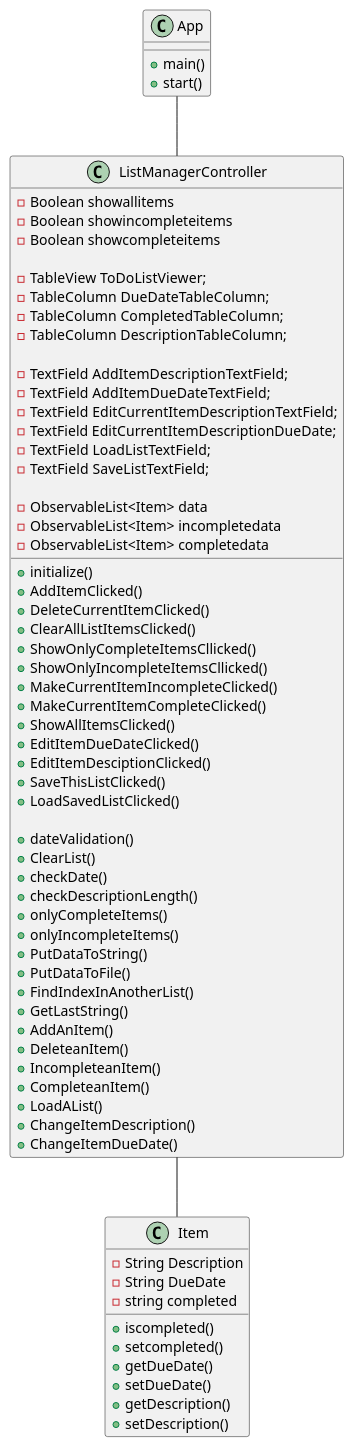
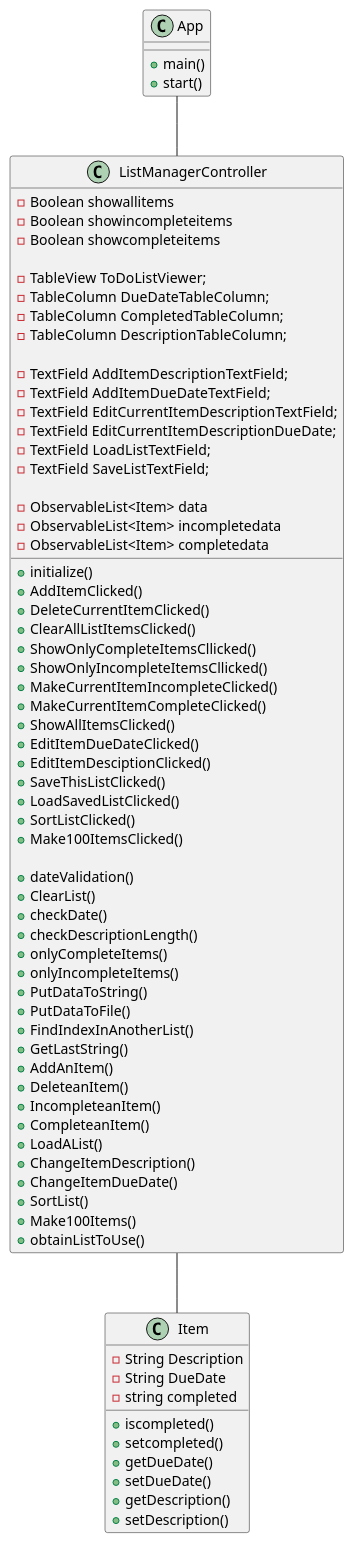
Before and after one commit to Awesome-wolf-101/ashby-cop3330-assignment4part2: the diagram in uml/Application.puml, drawn with PlantUML. The commit also changed 6 other files, not shown here.

```diff
--- a/uml/Application.puml
+++ b/uml/Application.puml
@@ -1,82 +1,87 @@
 @startuml
 'https://plantuml.com/sequence-diagram
 
 class App{
 
 +main()
 +start()
 }
 
 class Item{
     - String Description
     - String DueDate
     - string completed
 
     +iscompleted()
     +setcompleted()
     +getDueDate()
     +setDueDate()
     +getDescription()
     +setDescription()
 
 }
 
 class ListManagerController{
     -Boolean showallitems
     -Boolean showincompleteitems
     -Boolean showcompleteitems
 
     - TableView ToDoListViewer;
     - TableColumn DueDateTableColumn;
     - TableColumn CompletedTableColumn;
     - TableColumn DescriptionTableColumn;
 
     - TextField AddItemDescriptionTextField;
     - TextField AddItemDueDateTextField;
     - TextField EditCurrentItemDescriptionTextField;
     - TextField EditCurrentItemDescriptionDueDate;
     - TextField LoadListTextField;
     - TextField SaveListTextField;
 
     -ObservableList<Item> data
     -ObservableList<Item> incompletedata
     -ObservableList<Item> completedata
 
     +initialize()
     +AddItemClicked()
     +DeleteCurrentItemClicked()
     +ClearAllListItemsClicked()
     +ShowOnlyCompleteItemsCllicked()
     +ShowOnlyIncompleteItemsCllicked()
     +MakeCurrentItemIncompleteClicked()
     +MakeCurrentItemCompleteClicked()
     +ShowAllItemsClicked()
     +EditItemDueDateClicked()
     +EditItemDesciptionClicked()
     +SaveThisListClicked()
     +LoadSavedListClicked()
+    +SortListClicked()
+    +Make100ItemsClicked()
 
     +dateValidation()
     +ClearList()
     +checkDate()
     +checkDescriptionLength()
     +onlyCompleteItems()
     +onlyIncompleteItems()
     +PutDataToString()
     +PutDataToFile()
     +FindIndexInAnotherList()
     +GetLastString()
     +AddAnItem()
     +DeleteanItem()
     +IncompleteanItem()
     +CompleteanItem()
     +LoadAList()
     +ChangeItemDescription()
     +ChangeItemDueDate()
+    +SortList()
+    +Make100Items()
+    +obtainListToUse()
 }
 
 
 
 App -- ListManagerController
 ListManagerController -- Item
 @enduml
```
